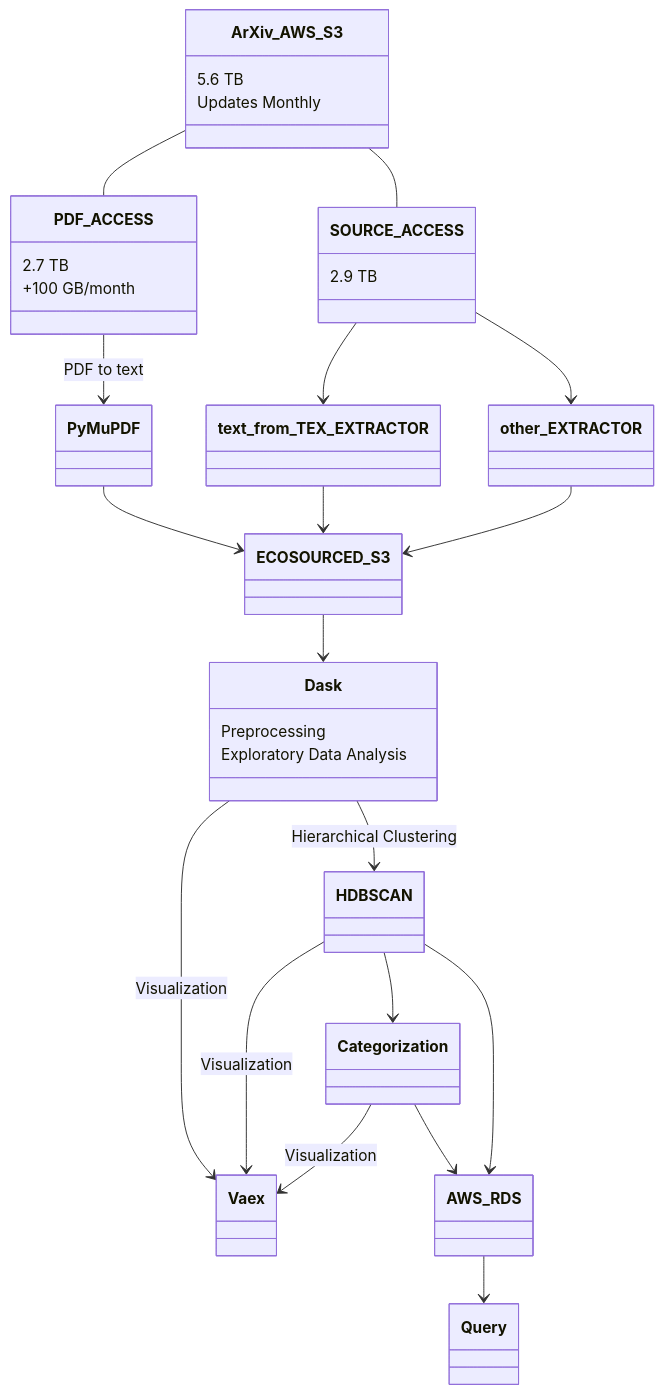
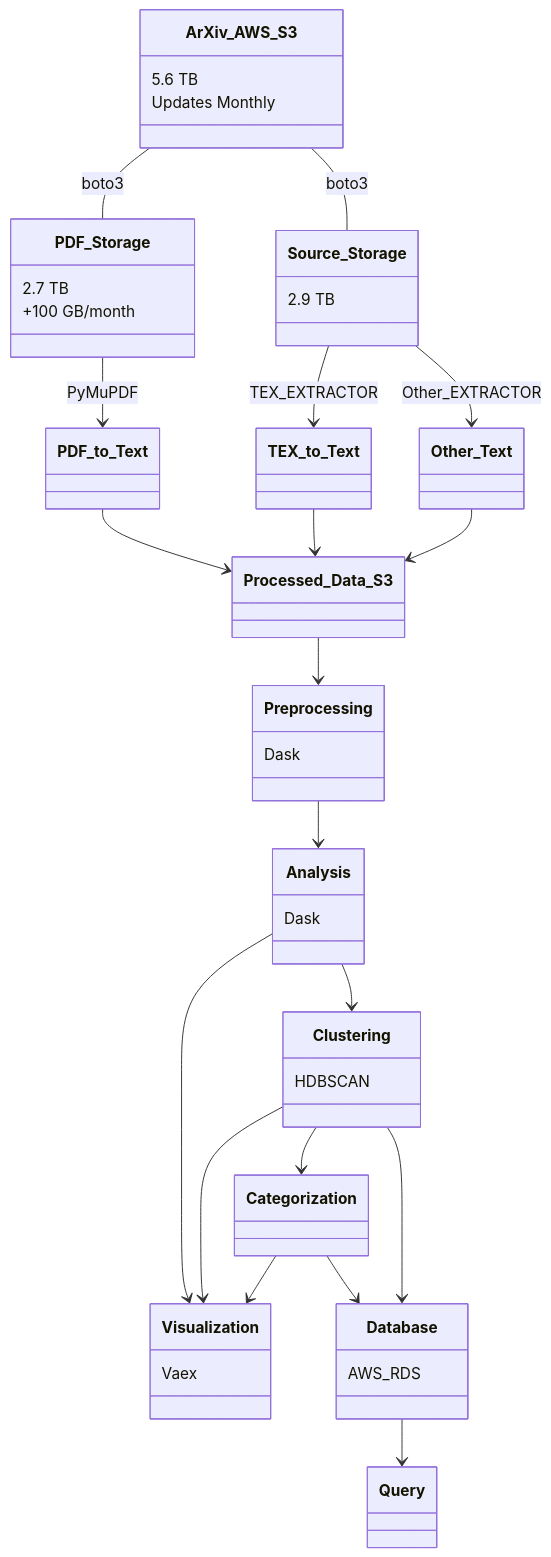
Before and after one commit to branisk/Eco-Sourced: the diagram in README.md, drawn with Mermaid.

````diff
--- a/README.md
+++ b/README.md
@@ -25,36 +25,49 @@
 ```mermaid
-
 classDiagram
     class ArXiv_AWS_S3 {
         5.6 TB
         Updates Monthly
     }
-    class PDF_ACCESS {
+    class PDF_Storage {
         2.7 TB
         +100 GB/month
     }
-    class SOURCE_ACCESS {
+    class Source_Storage {
         2.9 TB
     }
-    class Dask {
-        Preprocessing
-        Exploratory Data Analysis
+    class Preprocessing {
+        Dask
     }
-    ArXiv_AWS_S3 -- PDF_ACCESS
-    ArXiv_AWS_S3 -- SOURCE_ACCESS
-    PDF_ACCESS --> PyMuPDF: PDF to text
-    SOURCE_ACCESS --> text_from_TEX_EXTRACTOR
-    SOURCE_ACCESS --> other_EXTRACTOR
-    text_from_TEX_EXTRACTOR --> ECOSOURCED_S3
-    PyMuPDF --> ECOSOURCED_S3
-    other_EXTRACTOR --> ECOSOURCED_S3
-    ECOSOURCED_S3 --> Dask
-    Dask --> Vaex: Visualization
-    Dask --> HDBSCAN: Hierarchical Clustering
-    HDBSCAN --> Vaex: Visualization
-    HDBSCAN --> Categorization
-    HDBSCAN --> AWS_RDS
-    Categorization --> Vaex: Visualization
-    Categorization --> AWS_RDS
-    AWS_RDS --> Query
+    class Analysis {
+        Dask
+    }
+    class Visualization {
+        Vaex
+    }
+    class Clustering {
+        HDBSCAN
+    }
+    class Database {
+        AWS_RDS
+    }
+
+    ArXiv_AWS_S3 -- PDF_Storage: boto3
+    ArXiv_AWS_S3 -- Source_Storage: boto3
+    PDF_Storage --> PDF_to_Text: PyMuPDF
+    Source_Storage --> TEX_to_Text: TEX_EXTRACTOR
+    Source_Storage --> Other_Text: Other_EXTRACTOR
+    PDF_to_Text --> Processed_Data_S3
+    TEX_to_Text --> Processed_Data_S3
+    Other_Text --> Processed_Data_S3
+    Processed_Data_S3 --> Preprocessing
+    Preprocessing --> Analysis
+    Analysis --> Visualization
+    Analysis --> Clustering
+    Clustering --> Visualization
+    Clustering --> Categorization
+    Clustering --> Database
+    Categorization --> Visualization
+    Categorization --> Database
+    Database --> Query
+
 ```
````
